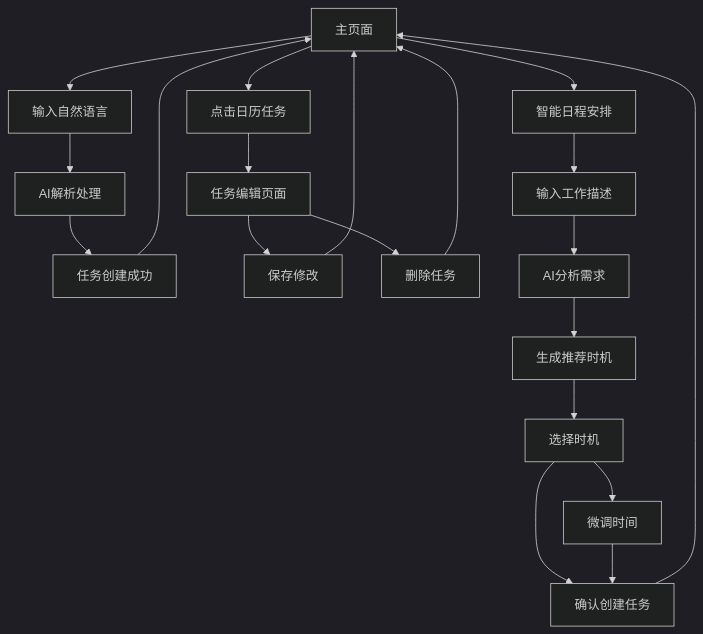
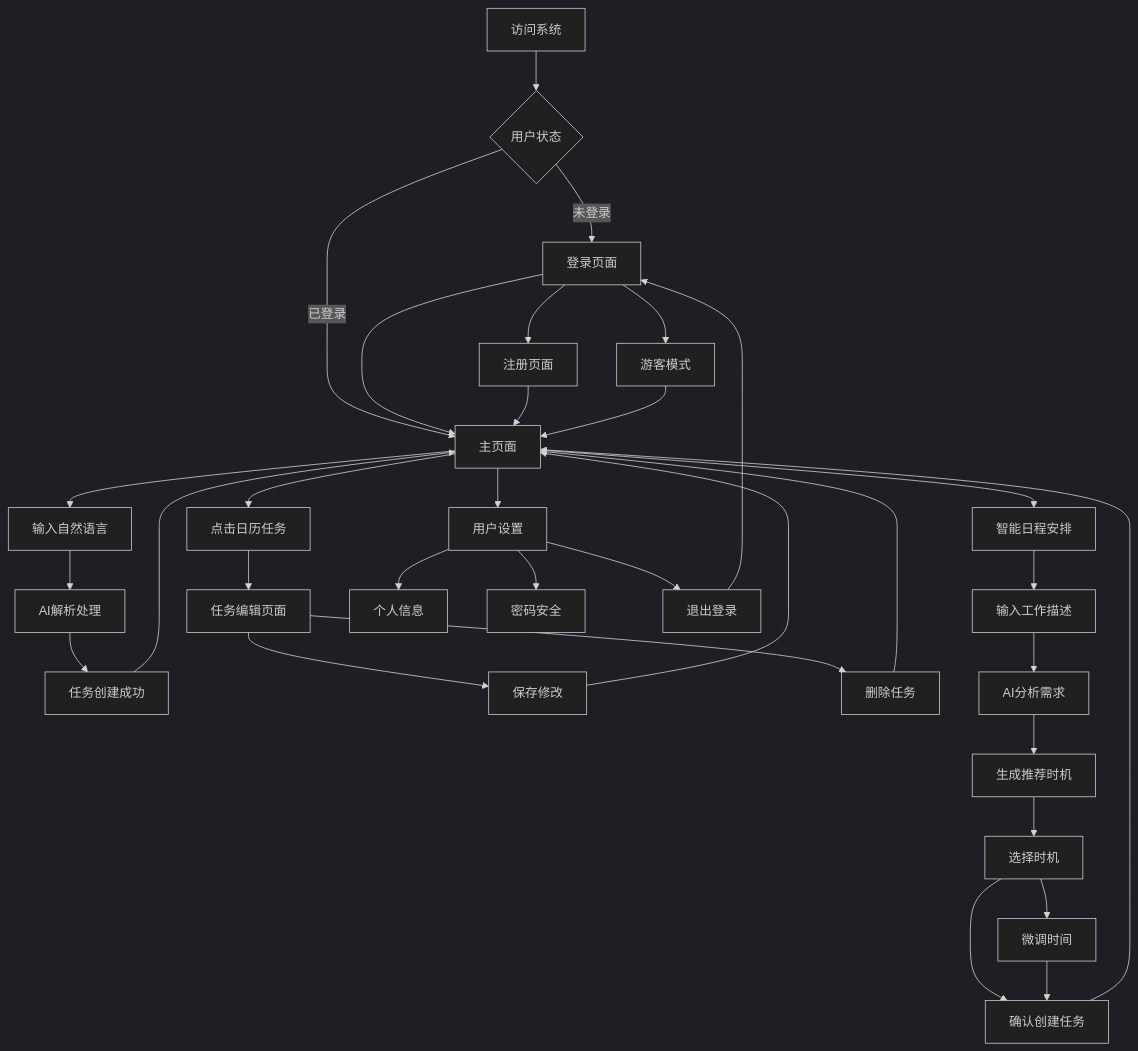
The diagram in .trae/documents/智能任务管理系统产品需求文档.md (wjjpku/SmartTime), drawn with Mermaid (dark theme) before and after one commit. The commit also changed other lines of this file and 16 other files, not shown here.

````diff
--- a/.trae/documents/智能任务管理系统产品需求文档.md
+++ b/.trae/documents/智能任务管理系统产品需求文档.md
@@ -73,22 +80,36 @@
 ```mermaid
 graph TD
-  A[主页面] --> B[输入自然语言]
+  START[访问系统] --> AUTH{用户状态}
+  AUTH -->|未登录| LOGIN[登录页面]
+  AUTH -->|已登录| A[主页面]
+  LOGIN --> REG[注册页面]
+  LOGIN --> GUEST[游客模式]
+  LOGIN --> A
+  REG --> A
+  GUEST --> A
+  
+  A --> B[输入自然语言]
   A --> I[智能日程安排]
+  A --> SETTINGS[用户设置]
   B --> C[AI解析处理]
   C --> D[任务创建成功]
   D --> A
   A --> E[点击日历任务]
   E --> F[任务编辑页面]
   F --> G[保存修改]
   F --> H[删除任务]
   G --> A
   H --> A
   I --> J[输入工作描述]
   J --> K[AI分析需求]
   K --> L[生成推荐时机]
   L --> M[选择时机]
   M --> N[确认创建任务]
   N --> A
   M --> O[微调时间]
   O --> N
+  SETTINGS --> PROFILE[个人信息]
+  SETTINGS --> SECURITY[密码安全]
+  SETTINGS --> LOGOUT[退出登录]
+  LOGOUT --> LOGIN
 ```
````
